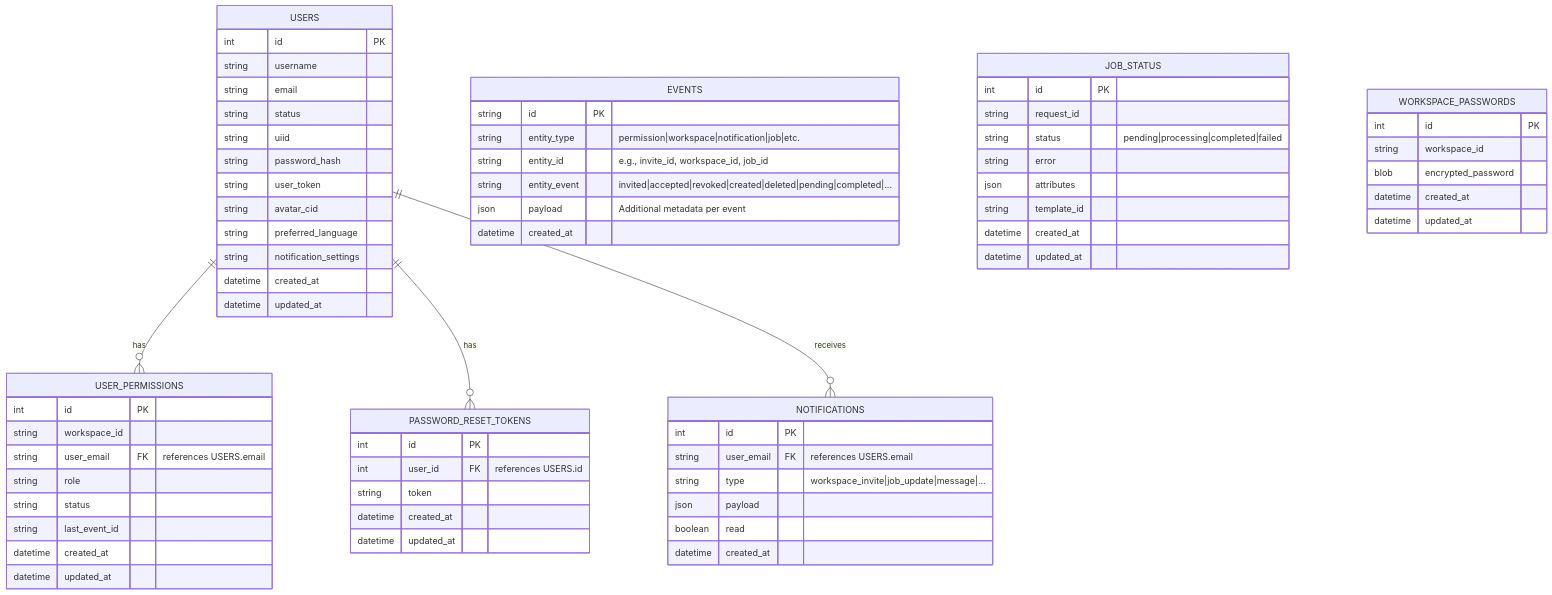
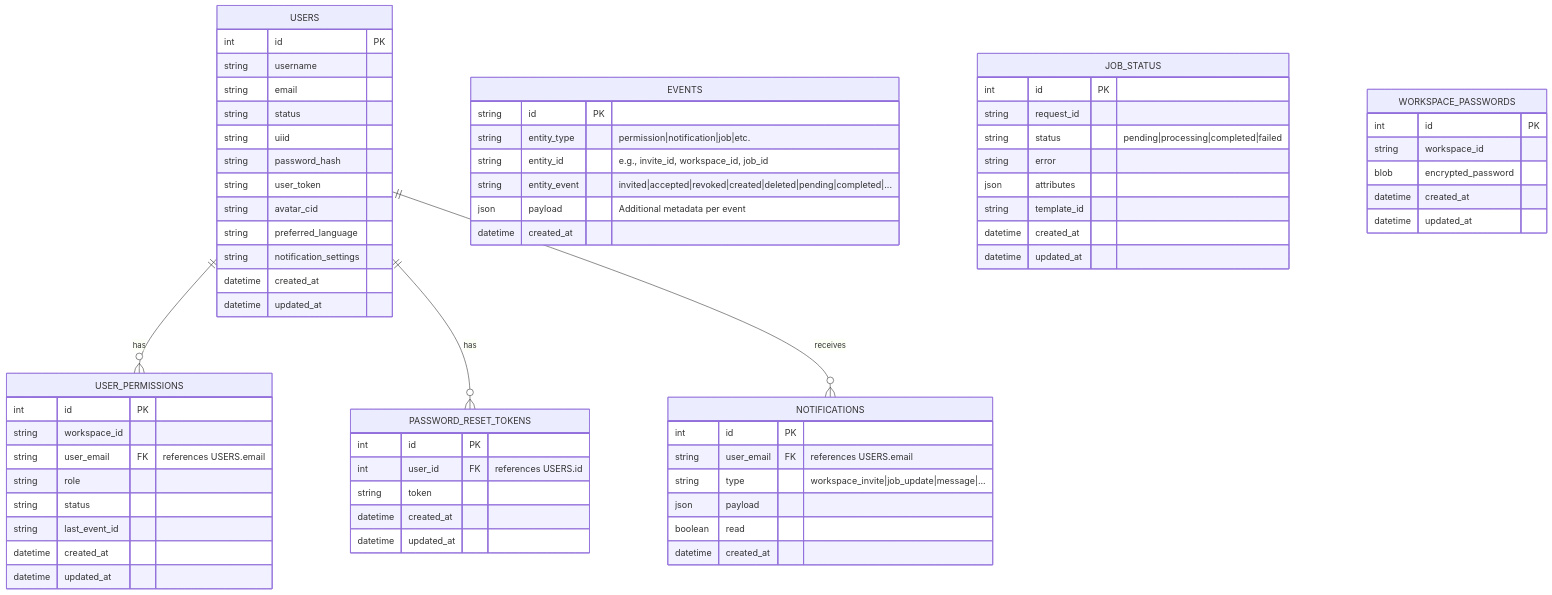
Before and after one commit to openkfw/TruSpace: the diagram in doc/Architecture/workflows/proposed/#292-Private-workspace-permissions-across-IPFS-nodes/292-database-diagramm.mmd, drawn with Mermaid. The commit also changed 10 other files, not shown here.

```diff
--- a/doc/Architecture/workflows/proposed/#292-Private-workspace-permissions-across-IPFS-nodes/292-database-diagramm.mmd
+++ b/doc/Architecture/workflows/proposed/#292-Private-workspace-permissions-across-IPFS-nodes/292-database-diagramm.mmd
@@ -1,86 +1,86 @@
 erDiagram
     %% Users table
     USERS {
         int id PK
         string username
         string email
         string status
         string uiid
         string password_hash
         string user_token
         string avatar_cid
         string preferred_language
         string notification_settings
         datetime created_at
         datetime updated_at
     }
 
     %% Permissions (materialized)
     USER_PERMISSIONS {
         int id PK
         string workspace_id
         string user_email FK "references USERS.email"
         string role
         string status
         string last_event_id
         datetime created_at
         datetime updated_at
     }
 
     %% Generic event log
     EVENTS {
         string id PK
-        string entity_type "permission|workspace|notification|job|etc."
+        string entity_type "permission|notification|job|etc."
         string entity_id "e.g., invite_id, workspace_id, job_id"
         string entity_event "invited|accepted|revoked|created|deleted|pending|completed|..."
         json payload "Additional metadata per event"
         datetime created_at
     }
 
     %% Notifications
     NOTIFICATIONS {
         int id PK
         string user_email FK "references USERS.email"
         string type "workspace_invite|job_update|message|..."
         json payload
         boolean read
         datetime created_at
     }
 
     %% AI / Job status
     JOB_STATUS {
         int id PK
         string request_id
         string status "pending|processing|completed|failed"
         string error
         json attributes
         string template_id
         datetime created_at
         datetime updated_at
     }
 
     %% Workspace passwords
     WORKSPACE_PASSWORDS {
         int id PK
         string workspace_id
         blob encrypted_password
         datetime created_at
         datetime updated_at
     }
 
     %% Password reset tokens
     PASSWORD_RESET_TOKENS {
         int id PK
         int user_id FK "references USERS.id"
         string token
         datetime created_at
         datetime updated_at
     }
 
     %% Relationships
     USERS ||--o{ USER_PERMISSIONS : "has"
     USERS ||--o{ PASSWORD_RESET_TOKENS : "has"
     USERS ||--o{ NOTIFICATIONS : "receives"
 
     %% Notes for constraints (Mermaid style)
     %% USER_PERMISSIONS "Unique constraint: workspace_id + node_id + user_id"
```
